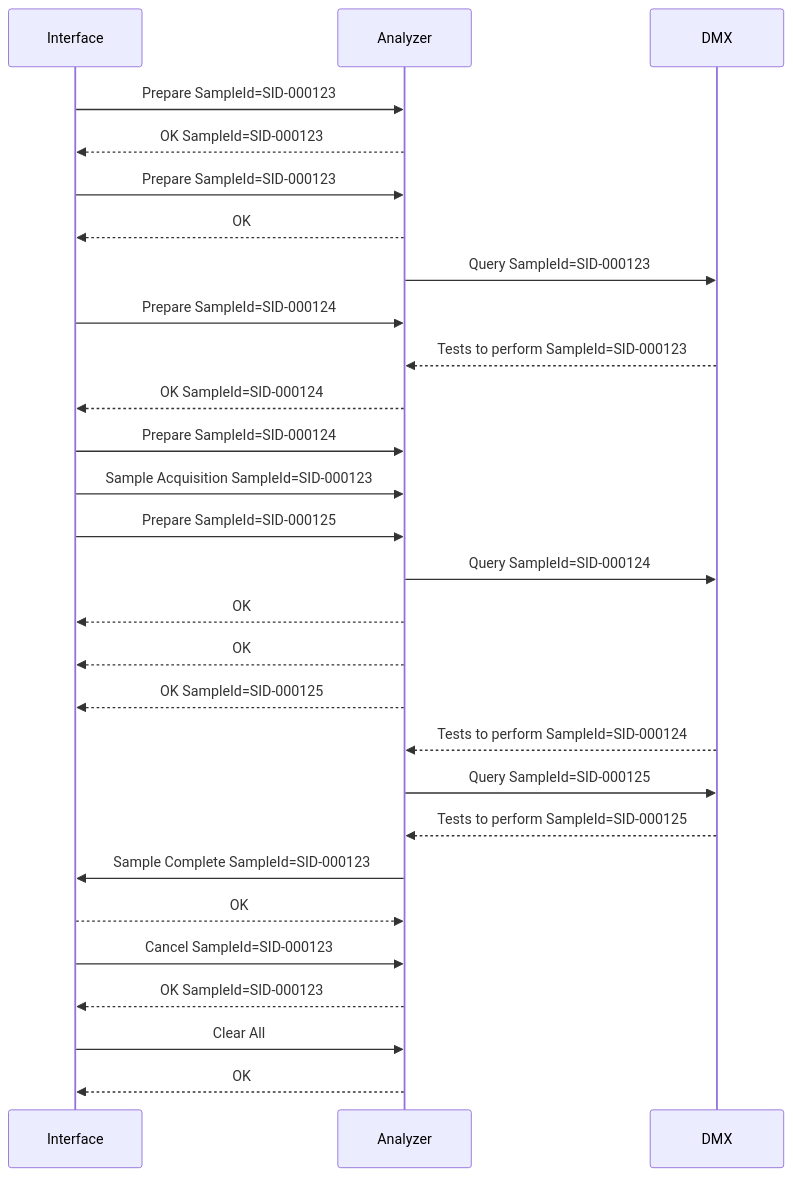
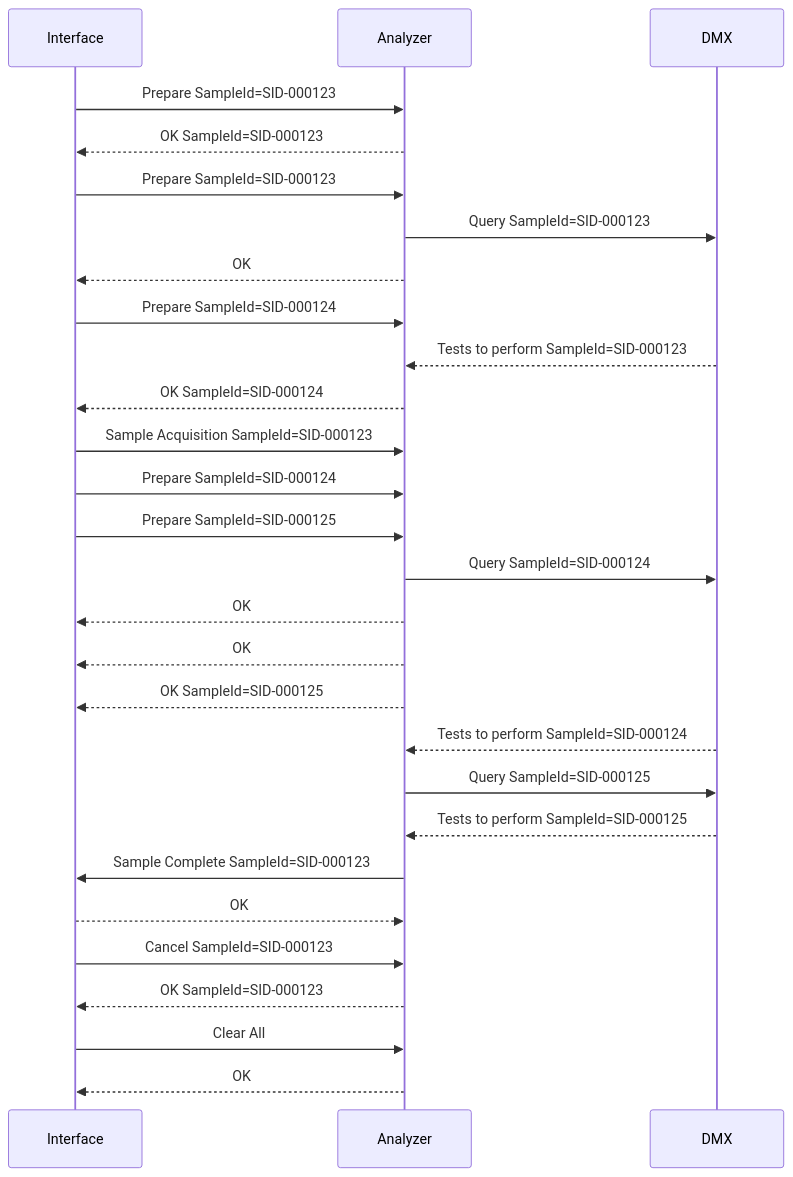
One commit to specialk74/trackviz changed the diagram in scenes/08_carrier_runaway_turnstile.mmd. Above: the diagram before and after it, drawn with Mermaid. The commit also changed 11 other files, not shown here.

```diff
--- a/scenes/08_carrier_runaway_turnstile.mmd
+++ b/scenes/08_carrier_runaway_turnstile.mmd
@@ -1,123 +1,123 @@
 %% # Scene 08 — carrier run-away during sampling (turnstile)
 %% # Same situation as scene 07 with the turnstile, gate and antenna of scene 02.
 %% # After Sample Acquisition for the first carrier, before the needle goes down,
 %% # the wheel turns by itself: the first carrier goes to the exit and runs away
 %% # to the Main-Lane. The needle goes down into an empty pocket, but the analyzer
 %% # sends Sample Complete for the first sample. The interface sends Cancel, sends
 %% # the waiting carriers away through the wheel (no sampling) and, right after
 %% # the reply to Cancel, sends Clear All.
 %% # Carrier flow: right to left, Pit-Lane above the Main-Lane.
 %% # Coordinates are in a fixed 1920x1080 space (track panel: x 30..950, y 120..885).
 %% # Points left of x=30 or right of x=950 are outside the panel (hidden).
 %% geometry turnstile_queue
 %% subtitle Three carriers — carrier run-away during sampling, Cancel and Clear All (turnstile)
 sequenceDiagram
     participant IF as Interface
     participant AN as Analyzer
     participant DMX as DMX
 
     %% carrier id=C1 sid=SID-000123 route=main_in,pit_entry,pit_exit,gone
     %% carrier id=C2 sid=SID-000124 route=spawn,pit_entry,pit_exit,gone color=#0EA5E9
     %% carrier id=C3 sid=SID-000125 route=spawn,pit_entry,pit_exit,gone color=#DB2777
 
     %% caption 1 · Three carriers | Three carriers holding sample tubes are diverted into the Pit-Lane, one after the other: for each one the interface sends Prepare and the analyzer asks DMX which tests to perform.
     %% at 2.26
     %% move C1 to pit_wait
     %% on antenna1
     IF->>AN: Prepare SampleId=SID-000123
-    %% after 0.097 Prepare C1
+    %% after 0.097
     AN-->>IF: OK SampleId=SID-000123
     %% after 0.2 antenna2 C1
     %% color #9333EA
     IF->>AN: Prepare SampleId=SID-000123
-    %% after 1.777 antenna2 C1
+    %% at 6.97
+    %% move C2 to pit_wait
+    %% after 3.797 antenna1 C1
+    AN->>DMX: Query SampleId=SID-000123
+    %% after 0.08 Prepare C1
     %% pass antenna2
+    %% after 0.15
+    %% rotate ts
     %% after 0.1 Prepare C1
     %% for C1
     AN-->>IF: OK
-    %% after 3.797 antenna1 C1
-    AN->>DMX: Query SampleId=SID-000123
-    %% at 6.97
-    %% move C2 to pit_wait
     %% on antenna1
     IF->>AN: Prepare SampleId=SID-000124
-    %% after 3.927 antenna2 C1
-    %% rotate ts
     %% after 1.03 Query C1
     DMX-->>AN: Tests to perform SampleId=SID-000123
+    %% at 9.97
+    %% move C3 to pit_q
     %% after 0.097 Prepare C2
     AN-->>IF: OK SampleId=SID-000124
+    %% after 0.25 rotate ts
+    IF->>AN: Sample Acquisition SampleId=SID-000123
     %% after 0.2 antenna2 C2
     %% color #9333EA
     IF->>AN: Prepare SampleId=SID-000124
-    %% at 9.97
-    %% move C3 to pit_q
-    %% after 0.25 rotate ts
-    IF->>AN: Sample Acquisition SampleId=SID-000123
     %% on antenna1
     IF->>AN: Prepare SampleId=SID-000125
     %% after 0.1 OK C2
     AN->>DMX: Query SampleId=SID-000124
-    %% after 0.1 Prepare C2
-    %% for C2
-    AN-->>IF: OK
     %% after 0.1 Sample Acquisition C1
     %% for C1
     AN-->>IF: OK
     %% after 0.1 Sample Acquisition C1
     %% caption 2 · Sample Acquisition — carrier run-away | Sample Acquisition for the first carrier. Before the needle goes down the wheel turns by itself: the carrier goes to the exit and runs away. The interface turns red.
     %% after 0.1 Sample Acquisition C1
     %% highlight ts duration=2
     %% after 0.1 Sample Acquisition C1
     %% rotate ts
     %% after 0.1 Sample Acquisition C1
     %% status interface error
+    %% after 0.1 Prepare C2
+    %% for C2
+    AN-->>IF: OK
     %% after 0.097 Prepare C3
     AN-->>IF: OK SampleId=SID-000125
     %% after 0.2 Query C2
     DMX-->>AN: Tests to perform SampleId=SID-000124
     %% after 0.1 OK C1
     %% pipette ts duration=4.5 sid=SID-000124
     %% after 0.1 rotate ts
     %% move C1 to gone runaway
     %% after 0.1 Tests to perform C2
     AN->>DMX: Query SampleId=SID-000125
     %% after 1.2 rotate ts
     %% caption 3 · Nothing is aspirated | The analyzer pipettes the empty pocket: there is no tube under the needle, but it believes it is sampling the first sample.
     %% after 0.2 Query C3
     DMX-->>AN: Tests to perform SampleId=SID-000125
     %% after 0.2 pipette ts
     %% caption 4 · Sample Complete — Cancel | The analyzer sends Sample Complete for the first sample. The interface knows the first carrier is gone: it sends Cancel for the first sample, and the analyzer replies OK.
     %% after 0.2 pipette ts
     AN->>IF: Sample Complete SampleId=SID-000123
     %% after 0.1
     %% for C1
     IF-->>AN: OK
     %% after 0.2 Sample Complete C1
     IF->>AN: Cancel SampleId=SID-000123
     %% after 0.2
     AN-->>IF: OK SampleId=SID-000123
     %% after 0.1
     IF->>AN: Clear All
     %% after 0.2 OK C1
     %% caption 5 · All carriers sent away — Clear All | Right after the reply to Cancel the interface sends Clear All, which cancels every Prepare, and sends every carrier away through the wheel, without sampling. Once they have left the interface, it turns grey again.
     %% after 0.2 OK C1
+    %% move C3 to pit_wait
+    %% after 0.2 OK C1
     %% pass antenna2
-    %% after 0.2 OK C1
-    %% move C3 to pit_wait
+    %% after 0.15
+    %% rotate ts
     %% after 0.2 Clear All
     AN-->>IF: OK
-    %% after 2.35 OK C1
-    %% rotate ts
-    %% after 0.15
+    %% after 0.15 rotate ts
     %% pass antenna2
     %% after 0.15
     %% rotate ts
     %% after 0.15
     %% move C2 to gone
-    %% after 2.95 rotate ts
+    %% on antenna3 C2
     %% rotate ts
     %% after 0.2
     %% move C3 to gone
     %% on antenna3 C3
     %% status interface normal
```
